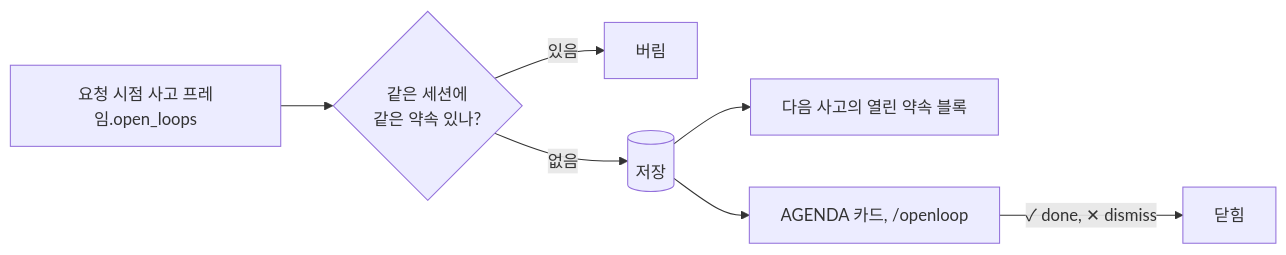
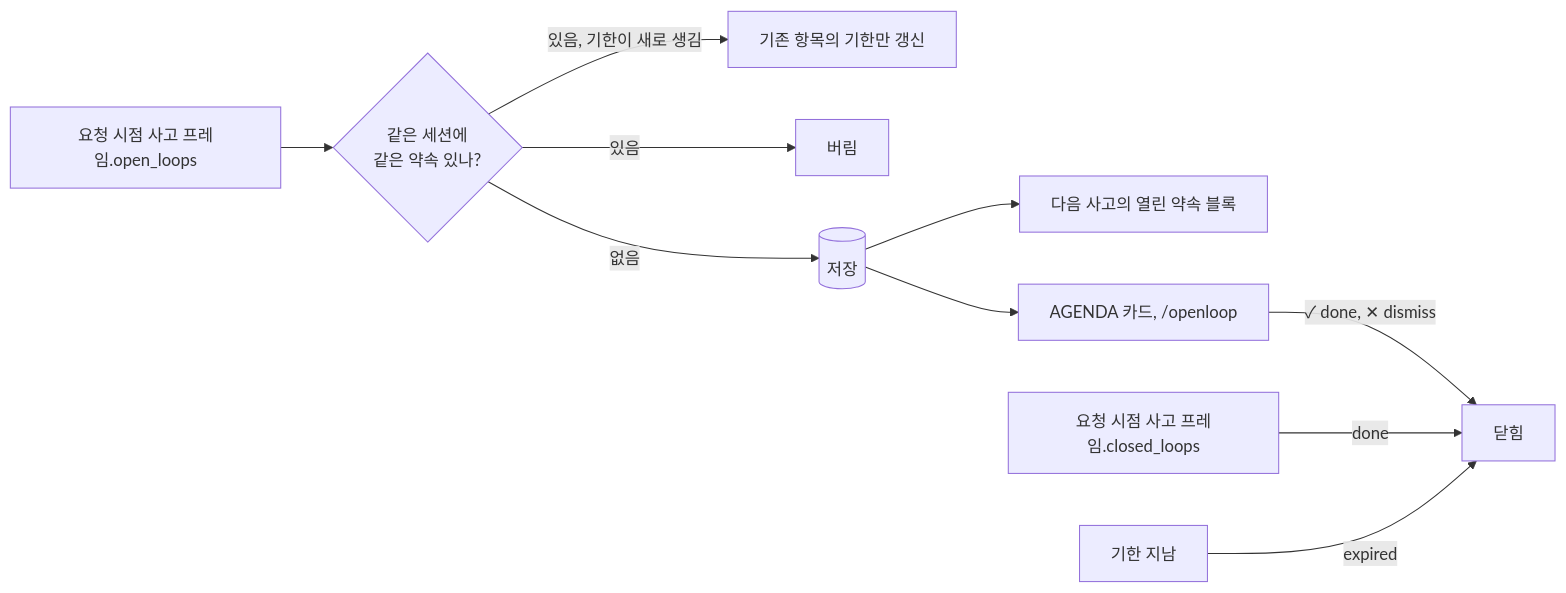
The first of 2 diagrams in website/docs/features/agenda.md (ash-hun/jarvis-agent), drawn with Mermaid before and after one commit. The commit also changed other lines of this file and 20 other files, not shown here.

````diff
--- a/website/docs/features/agenda.md
+++ b/website/docs/features/agenda.md
@@ -14,9 +14,12 @@
 ```mermaid
 flowchart LR
   T[요청 시점 사고 프레임.open_loops] --> U{같은 세션에<br/>같은 약속 있나?}
+  U -- 있음, 기한이 새로 생김 --> G[기존 항목의 기한만 갱신]
   U -- 있음 --> X[버림]
   U -- 없음 --> S[(저장)]
   S --> R[다음 사고의 열린 약속 블록]
   S --> A[AGENDA 카드, /openloop]
   A -->|✓ done, ✕ dismiss| C[닫힘]
+  K[요청 시점 사고 프레임.closed_loops] -->|done| C
+  E[기한 지남] -->|expired| C
 ```
````
